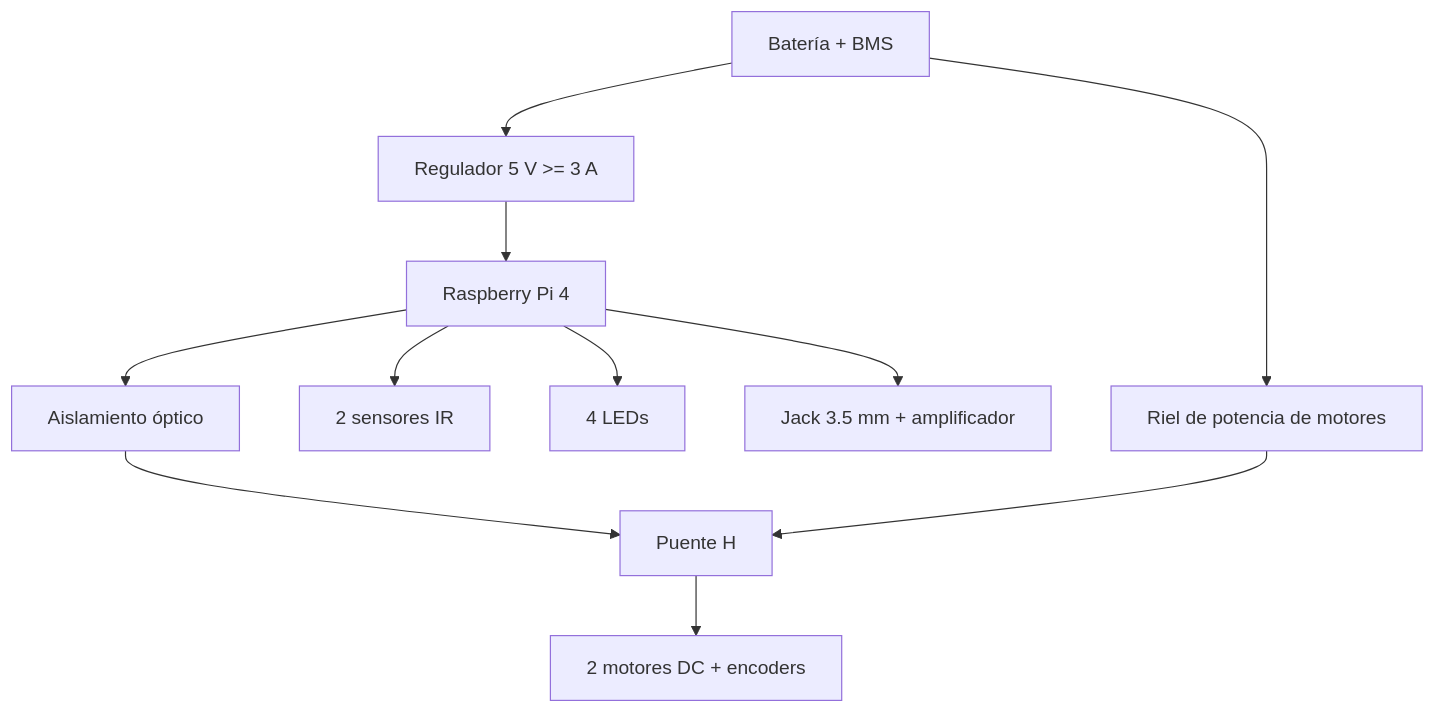
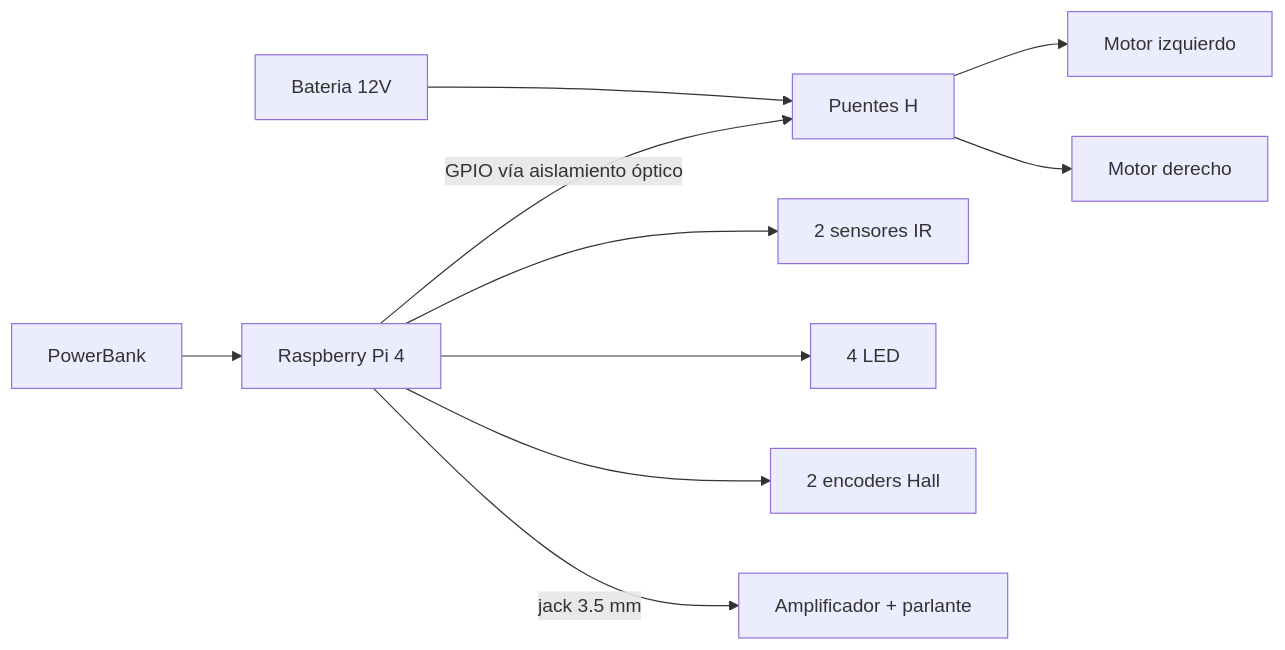
Before and after one commit to ProyectosCE/CE1113_P1: the second of 3 diagrams in README.md, drawn with Mermaid. The commit also changed other lines of this file and 3 other files, not shown here.

````diff
--- a/README.md
+++ b/README.md
@@ -35,13 +101,12 @@
 ```mermaid
-flowchart TB
-    BAT[Batería + BMS] --> LOGIC[Regulador 5 V >= 3 A]
-    BAT --> POWER[Riel de potencia de motores]
-    LOGIC --> RPI[Raspberry Pi 4]
+flowchart LR
+    PowerBank --> RPI[Raspberry Pi 4]
+    PW[Bateria 12V] --> HB[Puentes H]
+    HB --> M1[Motor izquierdo]
+    HB --> M2[Motor derecho]
+    RPI -->|GPIO vía aislamiento óptico| HB
     RPI --> IR[2 sensores IR]
-    RPI --> LEDS[4 LEDs]
-    RPI --> AUDIO[Jack 3.5 mm + amplificador]
-    RPI --> ISO[Aislamiento óptico]
-    ISO --> BRIDGE[Puente H]
-    POWER --> BRIDGE
-    BRIDGE --> MOTORS[2 motores DC + encoders]
+    RPI --> LED[4 LED]
+    RPI --> ENC[2 encoders Hall]
+    RPI -->|jack 3.5 mm| AMP[Amplificador + parlante]
 ```
````
